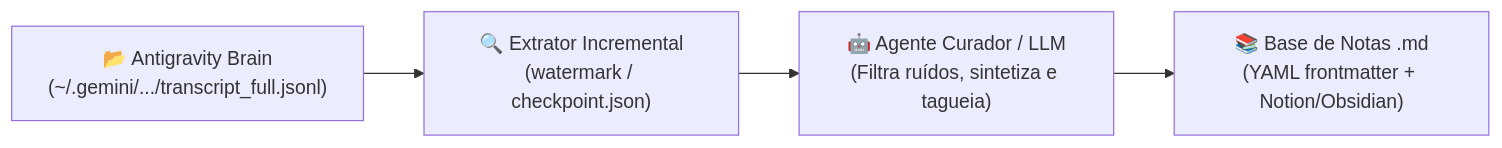
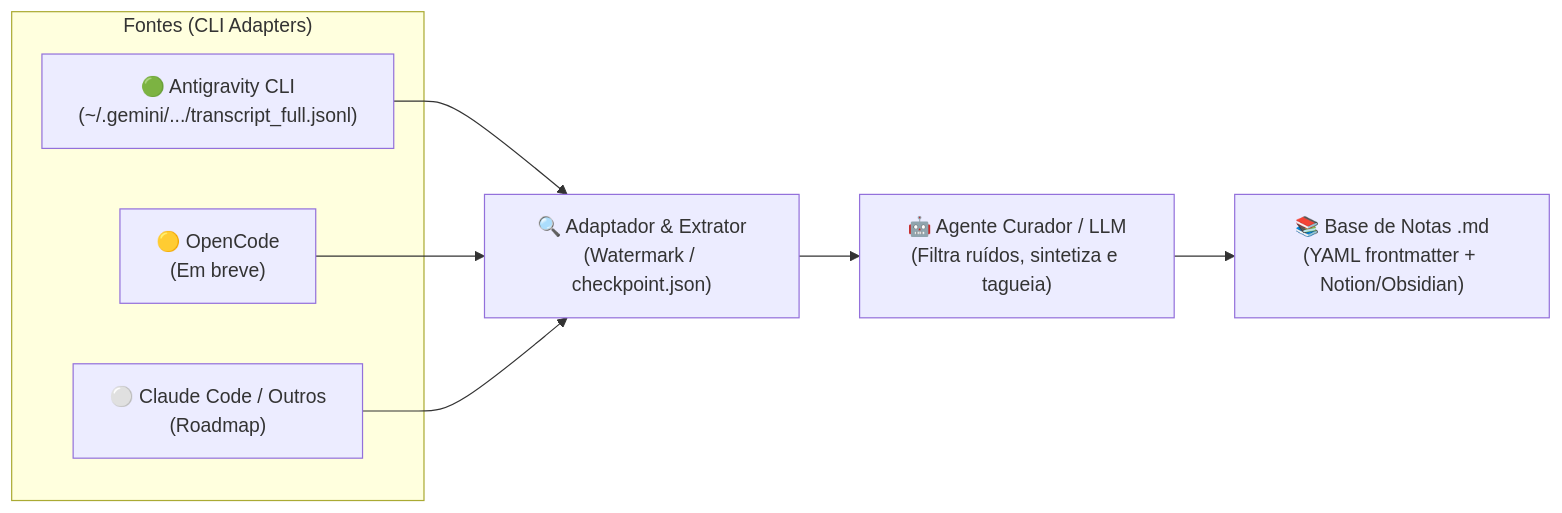
One commit to ThiagoMaol/chats2notes changed the diagram in README.md. Above: the diagram before and after it, drawn with Mermaid. The commit also changed other lines of this file, not shown here.

Commit message:
docs: update architecture to pluggable CLI adapters with OpenCode roadmap

````diff
--- a/README.md
+++ b/README.md
@@ -24,6 +24,12 @@
 ```mermaid
 flowchart LR
-    A["📂 Antigravity Brain\n(~/.gemini/.../transcript_full.jsonl)"] --> B["🔍 Extrator Incremental\n(watermark / checkpoint.json)"]
+    subgraph Fontes ["Fontes (CLI Adapters)"]
+        A1["🟢 Antigravity CLI\n(~/.gemini/.../transcript_full.jsonl)"]
+        A2["🟡 OpenCode\n(Em breve)"]
+        A3["⚪ Claude Code / Outros\n(Roadmap)"]
+    end
+
+    A1 & A2 & A3 --> B["🔍 Adaptador & Extrator\n(Watermark / checkpoint.json)"]
     B --> C["🤖 Agente Curador / LLM\n(Filtra ruídos, sintetiza e tagueia)"]
     C --> D["📚 Base de Notas .md\n(YAML frontmatter + Notion/Obsidian)"]
 ```
````
